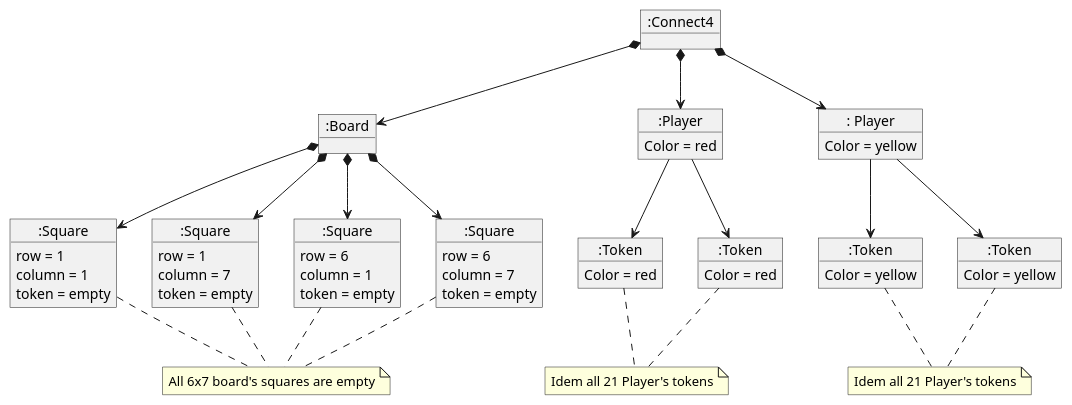
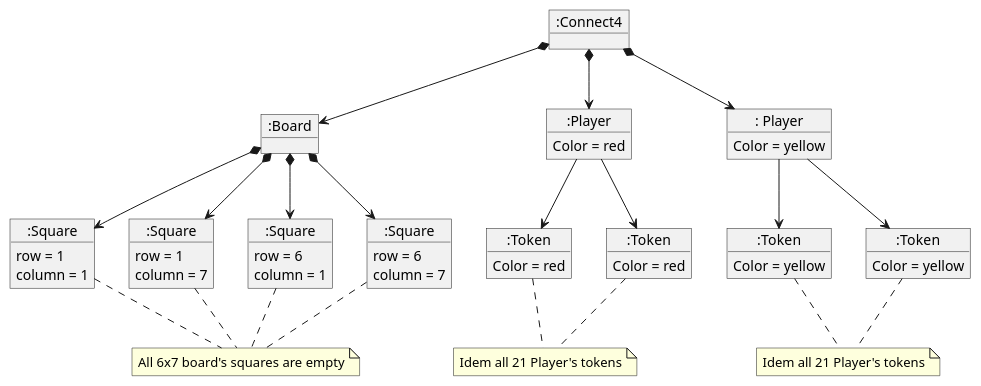
The diagram in MPDS/Connect4/docs/src/domain model initial state.plantuml (PabloMartinFluvia/IT-School), drawn with PlantUML before and after one commit. The commit also changed 2 other files, not shown here.

```diff
--- a/MPDS/Connect4/docs/src/domain model initial state.plantuml
+++ b/MPDS/Connect4/docs/src/domain model initial state.plantuml
@@ -1,87 +1,83 @@
 @startuml
 
 object ":Connect4" as connect4
 object ":Board" as board
 
 'players'
 object ":Player" as playerRed{
 Color = red
 }
 object ": Player" as playerYellow{
 Color = yellow
 }
 
 'squares'
 object ":Square" as square11{
 row = 1
 column = 1
-token = empty
 }
 object ":Square" as square17{
 row = 1
 column = 7
-token = empty
 }
 object ":Square" as square61{
 row = 6
 column = 1
-token = empty
 }
 object ":Square" as square67{
 row = 6
 column = 7
-token = empty
 }
 
 'tokens'
 object ":Token" as tokenRed1{
 Color = red
 }
 object ":Token" as tokenRed2{
 Color = red
 }
 object ":Token" as tokenYellow1{
 Color = yellow
 }
 object ":Token" as tokenYellow2{
 Color = yellow
 }
 
 'connect4 dependencies'
 connect4 *-down-> board
 connect4 *-down-> playerRed
 connect4 *-down-> playerYellow
 
 'board dependencies'
 board *-down-> square11
 board *-down-> square17
 board *-down-> square61
 board *-down-> square67
 
 'player dependencies'
 playerRed -down-> tokenRed1
 playerRed -down-> tokenRed2
 playerYellow -down-> tokenYellow1
 playerYellow -down-> tokenYellow2
 
 note as NEmpty
 All 6x7 board's squares are empty
 end note
 square11..NEmpty
 square17..NEmpty
 square61..NEmpty
 square67..NEmpty
 
 note as NYellow
 Idem all 21 Player's tokens
 end note
 tokenYellow1..NYellow
 tokenYellow2..NYellow
 
 note as NRed
 Idem all 21 Player's tokens
 end note
 tokenRed1..NRed
 tokenRed2..NRed
 
 @enduml
```
